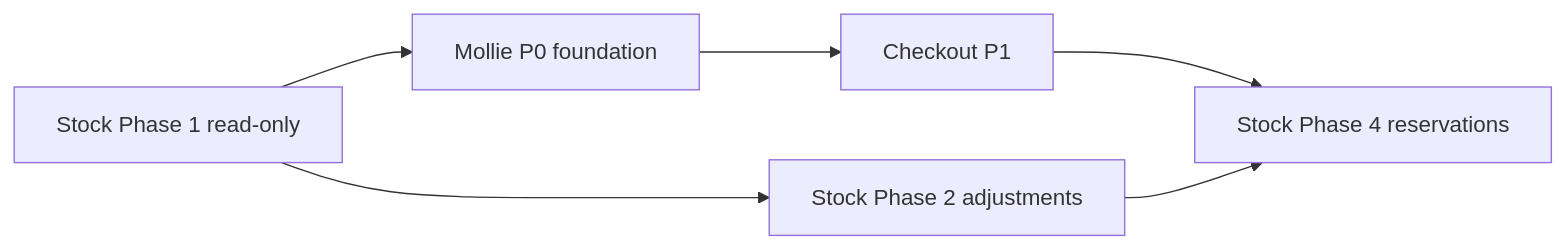
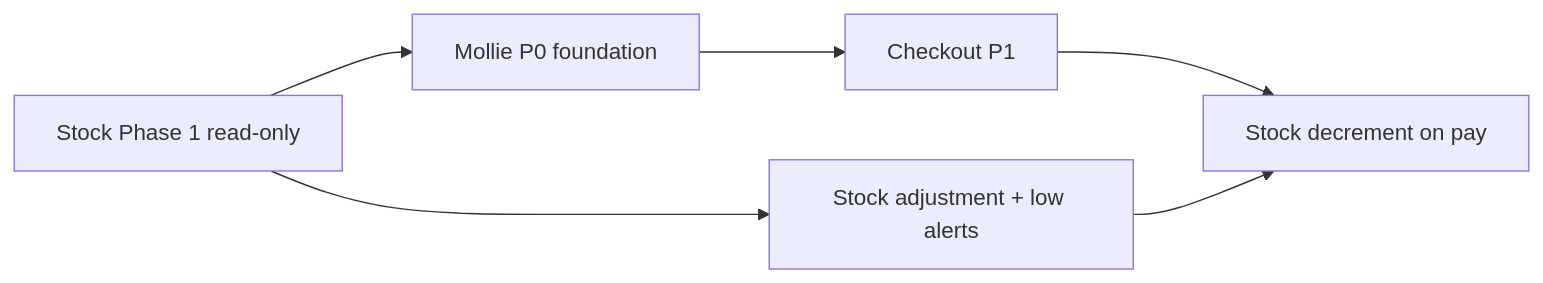
Before and after one commit to adminsense/WebShopABMATIC: the fourth of 4 diagrams in readme/SPEC_STOCK_OPERATIONS_PROPOSAL.md, drawn with Mermaid. The commit also changed other lines of this file and 9 other files, not shown here.

````diff
--- a/readme/SPEC_STOCK_OPERATIONS_PROPOSAL.md
+++ b/readme/SPEC_STOCK_OPERATIONS_PROPOSAL.md
@@ -765,8 +812,8 @@
 ```mermaid
 flowchart LR
     S1[Stock Phase 1 read-only] --> P0[Mollie P0 foundation]
     P0 --> P1[Checkout P1]
-    P1 --> S4[Stock Phase 4 reservations]
-    S1 --> S2[Stock Phase 2 adjustments]
+    P1 --> S4[Stock decrement on pay]
+    S1 --> S2[Stock adjustment + low alerts]
     S2 --> S4
 ```
````
